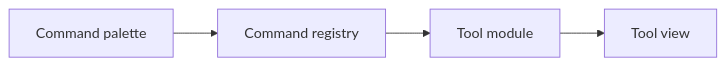
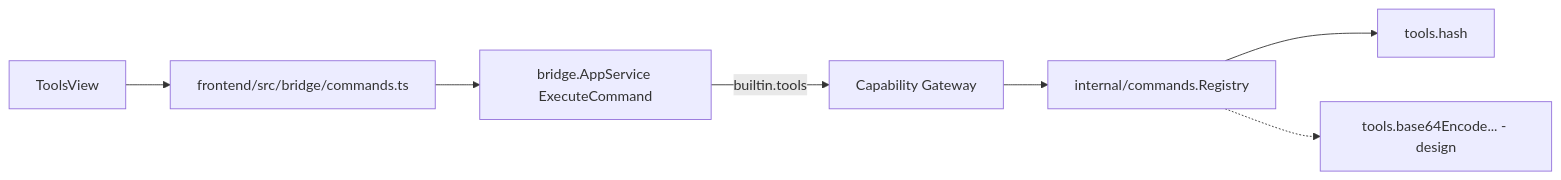
Before and after one commit to syurodev/base: the diagram in content/projects/dev-kit/tools.mdx, drawn with Mermaid. The commit also changed other lines of this file and 7 other files, not shown here.

````diff
--- a/content/projects/dev-kit/tools.mdx
+++ b/content/projects/dev-kit/tools.mdx
@@ -10,6 +13,9 @@
 ```mermaid
 flowchart LR
-  PALETTE[Command palette] --> REG[Command registry]
-  REG --> TOOL[Tool module]
-  TOOL --> UI[Tool view]
+  UI[ToolsView] --> BR[frontend/src/bridge/commands.ts]
+  BR --> AS[bridge.AppService ExecuteCommand]
+  AS -->|builtin.tools| GW[Capability Gateway]
+  GW --> REG[internal/commands.Registry]
+  REG --> H1[tools.hash]
+  REG -.-> H2["tools.base64Encode... - design"]
 ```
````
